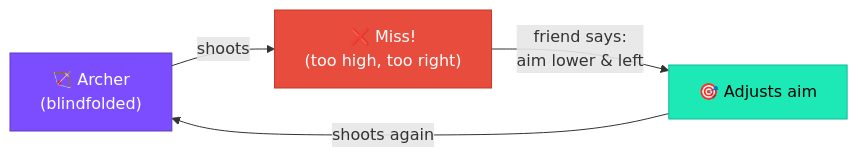
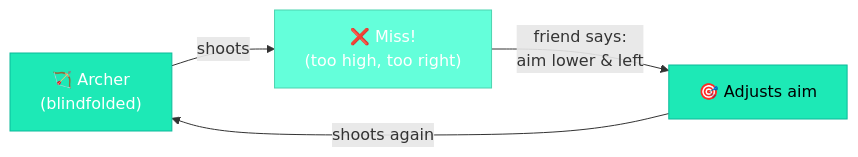
Before and after one commit to iamkhalid2/microgpt-course: the first of 2 diagrams in docs/00-the-big-picture/02-the-learning-machine-analogy.md, drawn with Mermaid. The commit also changed other lines of this file and 23 other files, not shown here.

````diff
--- a/docs/00-the-big-picture/02-the-learning-machine-analogy.md
+++ b/docs/00-the-big-picture/02-the-learning-machine-analogy.md
@@ -11,10 +11,10 @@
 ```mermaid
 flowchart LR
     A["🏹 Archer\n(blindfolded)"] -- "shoots" --> B["❌ Miss!\n(too high, too right)"]
     B -- "friend says:\naim lower & left" --> C["🎯 Adjusts aim"]
     C -- "shoots again" --> A
 
-    style A fill:#7c4dff,stroke:#5c3cbf,color:#fff
-    style B fill:#e74c3c,stroke:#c0392b,color:#fff
+    style A fill:#1de9b6,stroke:#0db99a,color:#fff
+    style B fill:#64ffda,stroke:#4dd4b0,color:#fff
     style C fill:#1de9b6,stroke:#0db99a,color:#000
 ```
````
